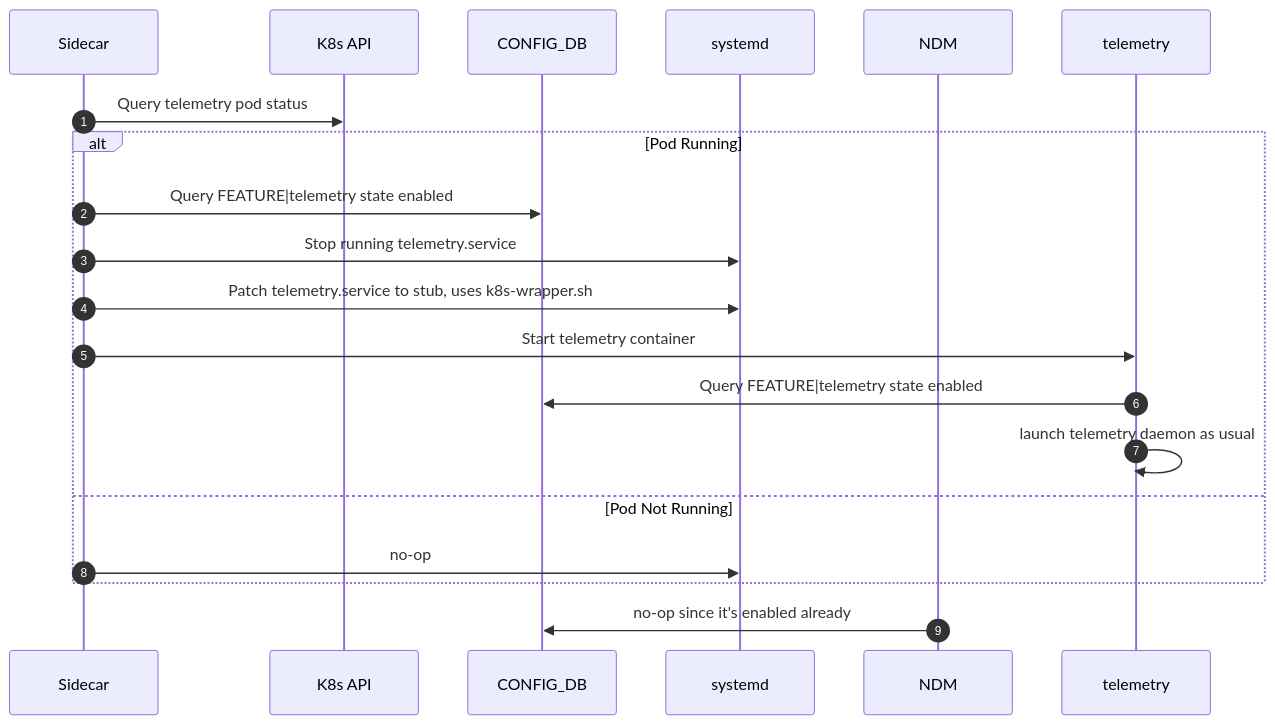
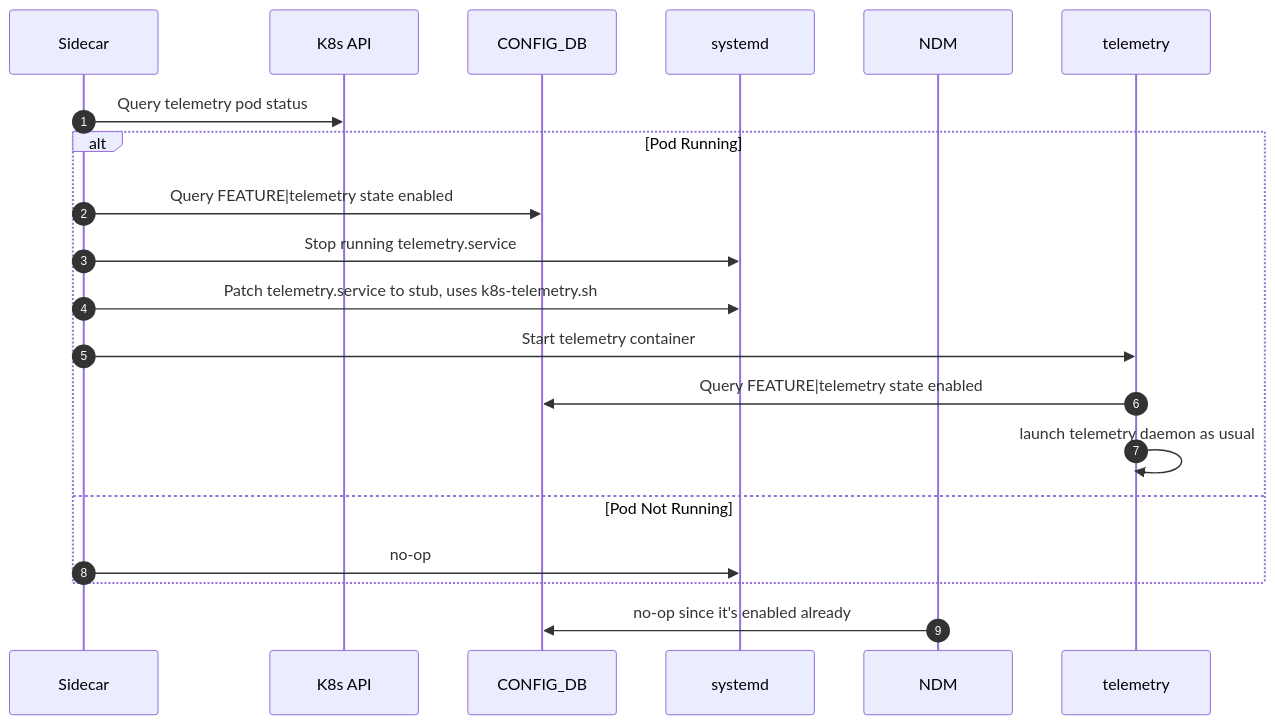
One commit to sonic-net/SONiC changed the second of 5 diagrams in doc/bmp/k8s_migration_design.md. Above: the diagram before and after it, drawn with Mermaid. The commit also changed other lines of this file and 1 other file, not shown here.

````diff
--- a/doc/bmp/k8s_migration_design.md
+++ b/doc/bmp/k8s_migration_design.md
@@ -63,23 +289,23 @@
 ```mermaid
 sequenceDiagram
     autonumber
     participant Sidecar
     participant K8s API
     participant CONFIG_DB
     participant systemd
     participant NDM
     participant telemetry
 
     Sidecar->>K8s API: Query telemetry pod status
     alt Pod Running
         Sidecar->>CONFIG_DB: Query FEATURE|telemetry state enabled
         Sidecar->>systemd: Stop running telemetry.service
-        Sidecar->>systemd: Patch telemetry.service to stub, uses k8s-wrapper.sh
+        Sidecar->>systemd: Patch telemetry.service to stub, uses k8s-telemetry.sh
         Sidecar->>telemetry: Start telemetry container
         telemetry->>CONFIG_DB: Query FEATURE|telemetry state enabled
         telemetry->>telemetry: launch telemetry daemon as usual
     else Pod Not Running
         Sidecar->>systemd: no-op
     end
     NDM->>CONFIG_DB: no-op since it's enabled already
 ```
````
